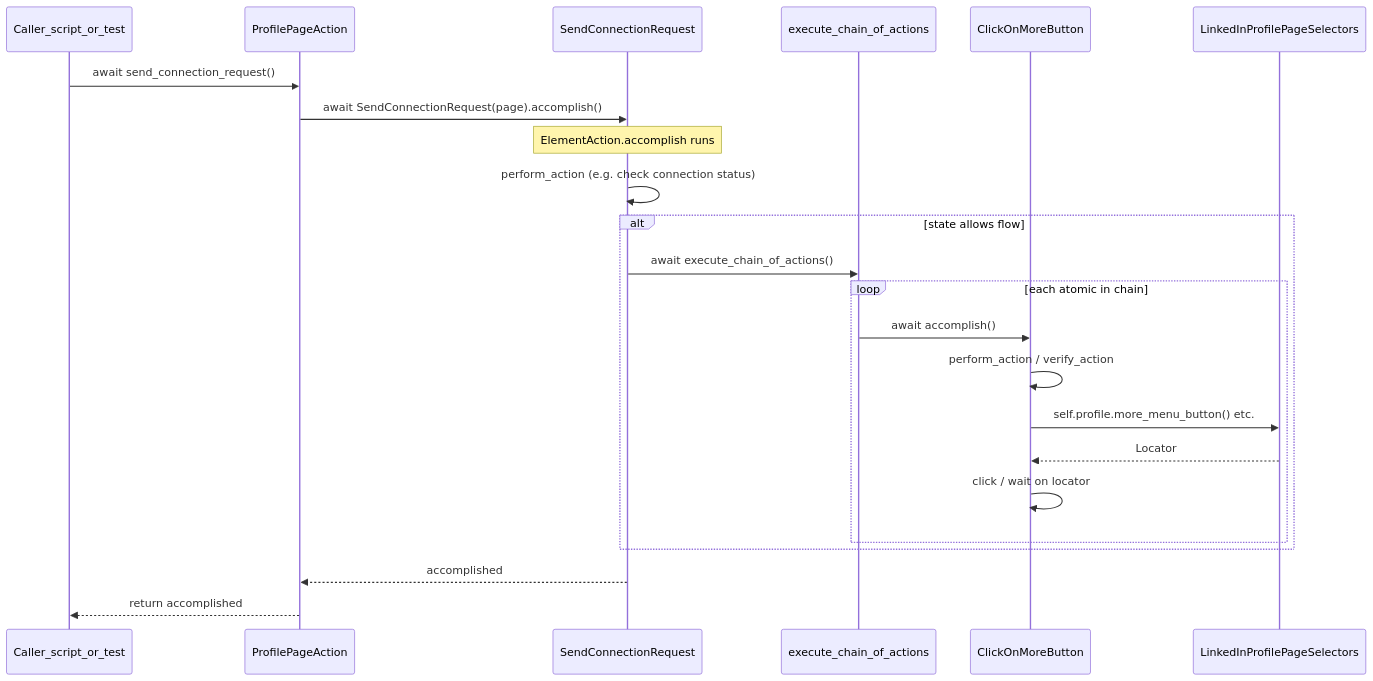
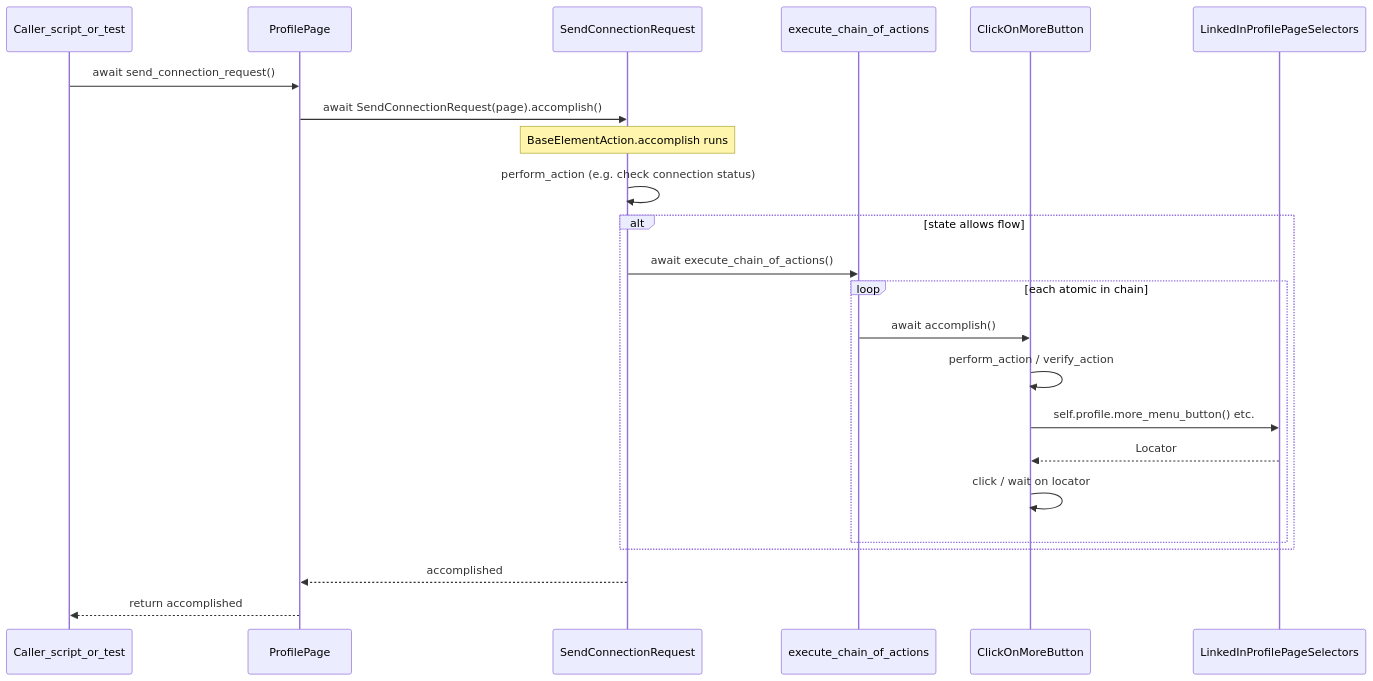
One commit to Roshan-yadav-evil-genius/Linkedin-MCP-Server changed the first of 2 diagrams in CoreArchitecture.md. Above: the diagram before and after it, drawn with Mermaid. The commit also changed other lines of this file and 15 other files, not shown here.

````diff
--- a/CoreArchitecture.md
+++ b/CoreArchitecture.md
@@ -80,26 +80,26 @@
 ```mermaid
 sequenceDiagram
     participant Caller as Caller_script_or_test
-    participant PA as ProfilePageAction
+    participant PA as ProfilePage
     participant Mol as SendConnectionRequest
     participant Chain as execute_chain_of_actions
     participant At as ClickOnMoreButton
     participant Res as LinkedInProfilePageSelectors
 
     Caller->>PA: await send_connection_request()
     PA->>Mol: await SendConnectionRequest(page).accomplish()
-    Note over Mol: ElementAction.accomplish runs
+    Note over Mol: BaseElementAction.accomplish runs
     Mol->>Mol: perform_action (e.g. check connection status)
     alt state allows flow
         Mol->>Chain: await execute_chain_of_actions()
         loop each atomic in chain
             Chain->>At: await accomplish()
             At->>At: perform_action / verify_action
             At->>Res: self.profile.more_menu_button() etc.
             Res-->>At: Locator
             At->>At: click / wait on locator
         end
     end
     Mol-->>PA: accomplished
     PA-->>Caller: return accomplished
 ```
````
